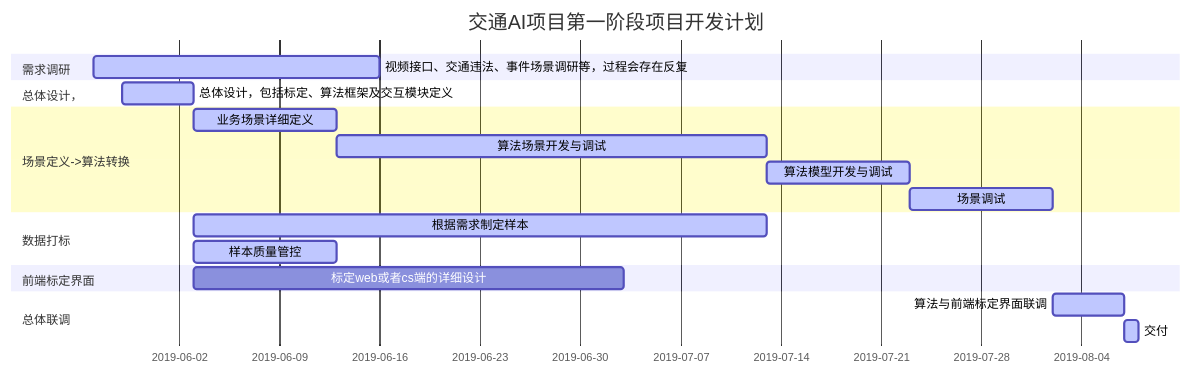
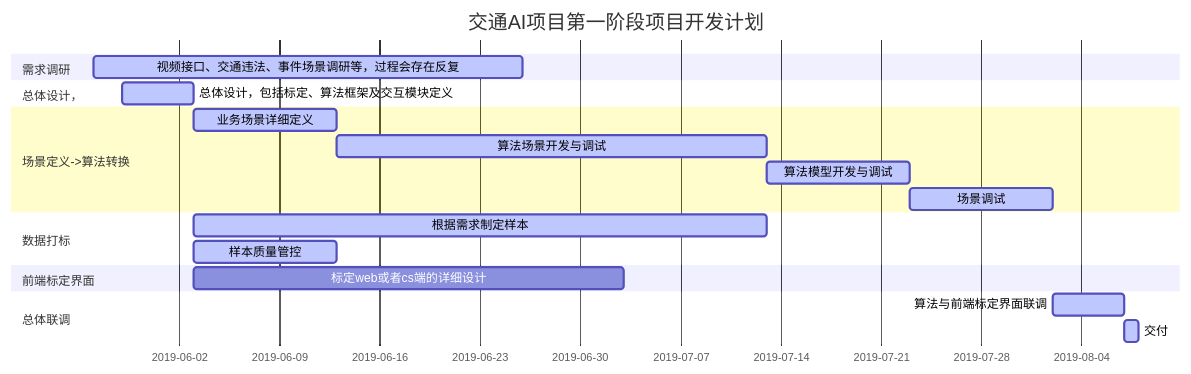
The diagram in markdown/交通AI工程进度图.md (fountain111/markdown), drawn with Mermaid before and after one commit. The commit also changed other lines of this file and 1 other file, not shown here.

````diff
--- a/markdown/交通AI工程进度图.md
+++ b/markdown/交通AI工程进度图.md
@@ -1,29 +1,29 @@
 ```mermaid
 gantt
 dateFormat  YYYY-MM-DD
 title 交通AI项目第一阶段项目开发计划
 
 section 需求调研       
-视频接口、交通违法、事件场景调研等，过程会存在反复:active,p1, 2019-05-27, 20d
+视频接口、交通违法、事件场景调研等，过程会存在反复:active,p1, 2019-05-27, 30d
 section 总体设计，
 总体设计，包括标定、算法框架及交互模块定义          :active,p2, 2019-05-29, 5d
 
 section 场景定义->算法转换
 业务场景详细定义     : active,p3,after p2,10d
 算法场景开发与调试        : active,p4,after p3,30d
 算法模型开发与调试          : active,p5,after p4,10d
 场景调试 					 : active,p6,after p5,10d
 
 section 数据打标
 根据需求制定样本 :active,p7,after p2,40d
 样本质量管控 :active,p8,after p2,10d
 
 section 前端标定界面
 标定web或者cs端的详细设计            :       p9, after p2, 30d
 
 section 总体联调 
 算法与前端标定界面联调 :active,p10,after p6,5d
 交付 :active ,p11,after p10,1d
 
 
 ```
````
